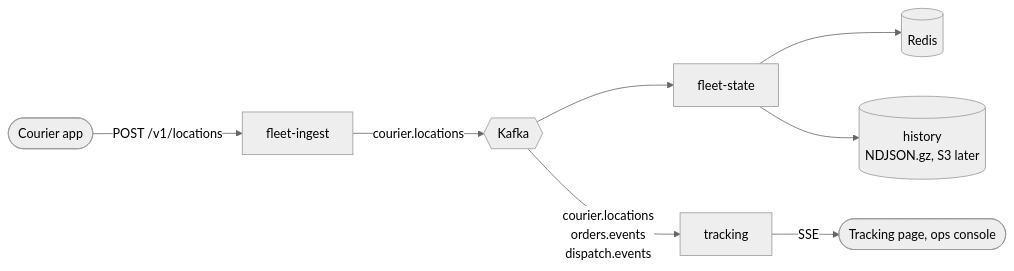
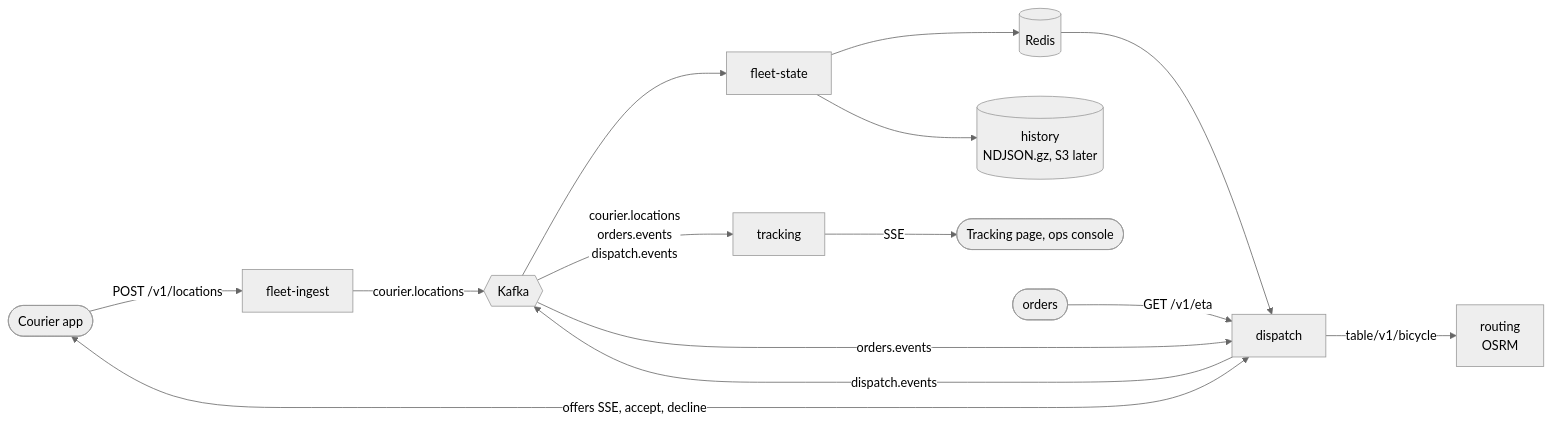
Before and after one commit to codewithmuh/tasuki-delivery-platform: the diagram in services/fleet/README.md, drawn with Mermaid (neutral theme). The commit also changed other lines of this file and 22 other files, not shown here.

Commit message:
feat(dispatch): greedy P1 dispatch service with offers over SSE

````diff
--- a/services/fleet/README.md
+++ b/services/fleet/README.md
@@ -7,9 +7,15 @@
 ```mermaid
 flowchart LR
     app([Courier app]) -->|POST /v1/locations| ingest[fleet-ingest]
     ingest -->|courier.locations| kafka{{Kafka}}
     kafka --> state[fleet-state] --> redis[(Redis)]
     state --> hist[(history<br/>NDJSON.gz, S3 later)]
     kafka -->|courier.locations<br/>orders.events<br/>dispatch.events| tracking
     tracking -->|SSE| viewers([Tracking page, ops console])
+    kafka -->|orders.events| dispatch
+    redis --> dispatch
+    dispatch -->|dispatch.events| kafka
+    dispatch -->|table/v1/bicycle| osrm[routing<br/>OSRM]
+    dispatch <-->|offers SSE, accept, decline| app
+    orders([orders]) -->|GET /v1/eta| dispatch
 ```
````
